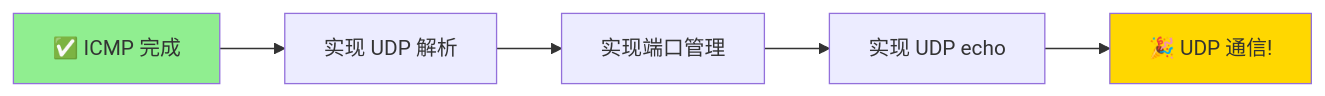
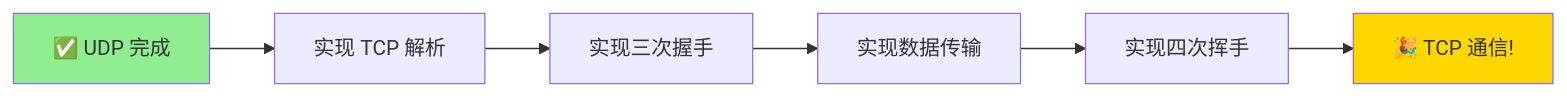
One commit to FlorentinoJink/rust-tcpip changed the fourth of 4 diagrams in docs/PROGRESS.md. Above: the diagram before and after it, drawn with Mermaid. The commit also changed other lines of this file and 4 other files, not shown here.

Commit message:
feat(udp): 实现 UDP 协议和 echo 服务

````diff
--- a/docs/PROGRESS.md
+++ b/docs/PROGRESS.md
@@ -167,10 +169,11 @@
 ```mermaid
 graph LR
-    A[✅ ICMP 完成] --> B[实现 UDP 解析]
-    B --> C[实现端口管理]
-    C --> D[实现 UDP echo]
-    D --> E[🎉 UDP 通信!]
+    A[✅ UDP 完成] --> B[实现 TCP 解析]
+    B --> C[实现三次握手]
+    C --> D[实现数据传输]
+    D --> E[实现四次挥手]
+    E --> F[🎉 TCP 通信!]
     
     style A fill:#90EE90
-    style E fill:#FFD700
+    style F fill:#FFD700
 ```
````
